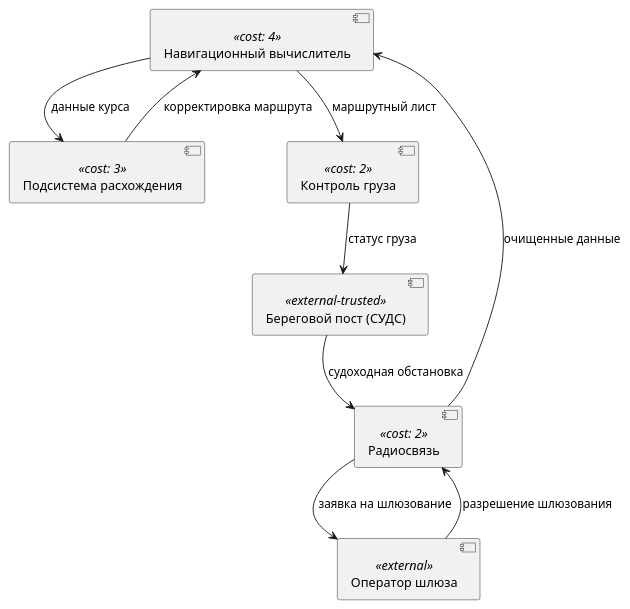
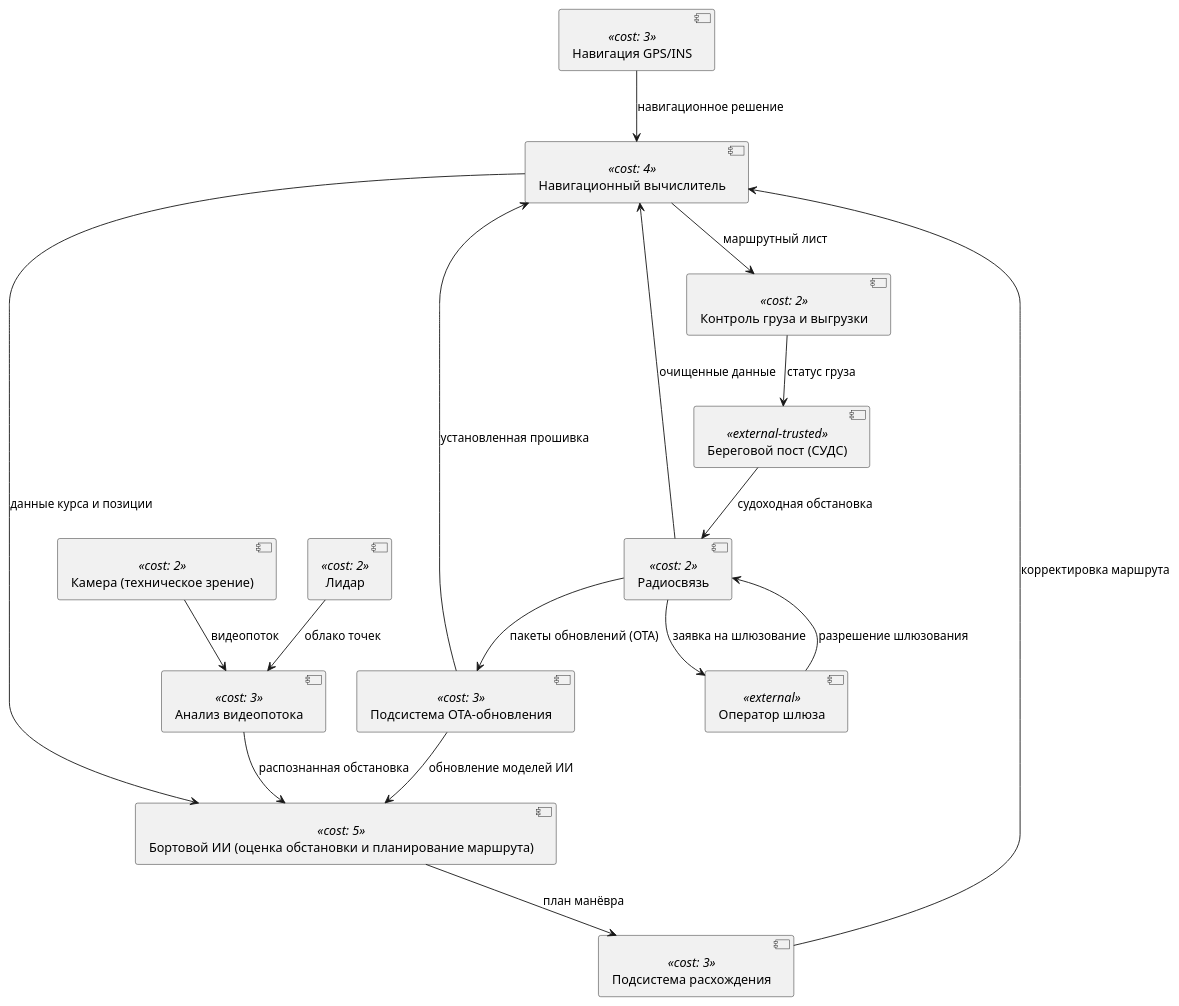
One commit to cyberimmunity-edu/sbd-architecture-redesign-exercise changed the diagram in samples/vessel/architecture.puml. Above: the diagram before and after it, drawn with PlantUML. The commit also changed 44 other files, not shown here.

```diff
--- a/samples/vessel/architecture.puml
+++ b/samples/vessel/architecture.puml
@@ -1,16 +1,30 @@
 @startuml
+[Навигация GPS/INS] <<cost: 3>>
+[Камера (техническое зрение)] <<cost: 2>>
+[Лидар] <<cost: 2>>
 [Навигационный вычислитель] <<cost: 4>>
+[Анализ видеопотока] <<cost: 3>>
+[Подсистема OTA-обновления] <<cost: 3>>
+[Бортовой ИИ (оценка обстановки и планирование маршрута)] <<cost: 5>>
 [Подсистема расхождения] <<cost: 3>>
-[Контроль груза] <<cost: 2>>
+[Контроль груза и выгрузки] <<cost: 2>>
 [Радиосвязь] <<cost: 2>>
 [Береговой пост (СУДС)] <<external-trusted>>
 [Оператор шлюза] <<external>>
 [Береговой пост (СУДС)] --> [Радиосвязь] : судоходная обстановка
 [Оператор шлюза] --> [Радиосвязь] : разрешение шлюзования
 [Радиосвязь] --> [Навигационный вычислитель] : очищенные данные
-[Навигационный вычислитель] --> [Подсистема расхождения] : данные курса
+[Радиосвязь] --> [Подсистема OTA-обновления] : пакеты обновлений (OTA)
+[Радиосвязь] --> [Оператор шлюза] : заявка на шлюзование
+[Навигация GPS/INS] --> [Навигационный вычислитель] : навигационное решение
+[Камера (техническое зрение)] --> [Анализ видеопотока] : видеопоток
+[Лидар] --> [Анализ видеопотока] : облако точек
+[Анализ видеопотока] --> [Бортовой ИИ (оценка обстановки и планирование маршрута)] : распознанная обстановка
+[Навигационный вычислитель] --> [Бортовой ИИ (оценка обстановки и планирование маршрута)] : данные курса и позиции
+[Бортовой ИИ (оценка обстановки и планирование маршрута)] --> [Подсистема расхождения] : план манёвра
 [Подсистема расхождения] --> [Навигационный вычислитель] : корректировка маршрута
-[Навигационный вычислитель] --> [Контроль груза] : маршрутный лист
-[Контроль груза] --> [Береговой пост (СУДС)] : статус груза
-[Радиосвязь] --> [Оператор шлюза] : заявка на шлюзование
+[Навигационный вычислитель] --> [Контроль груза и выгрузки] : маршрутный лист
+[Контроль груза и выгрузки] --> [Береговой пост (СУДС)] : статус груза
+[Подсистема OTA-обновления] --> [Навигационный вычислитель] : установленная прошивка
+[Подсистема OTA-обновления] --> [Бортовой ИИ (оценка обстановки и планирование маршрута)] : обновление моделей ИИ
 @enduml
```
